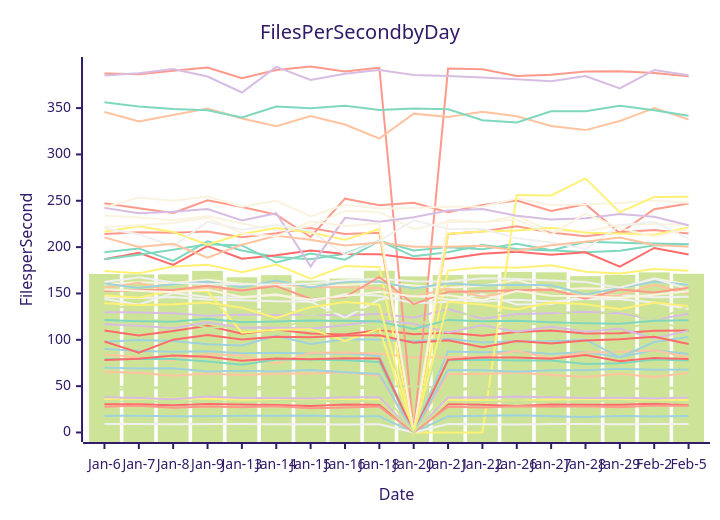
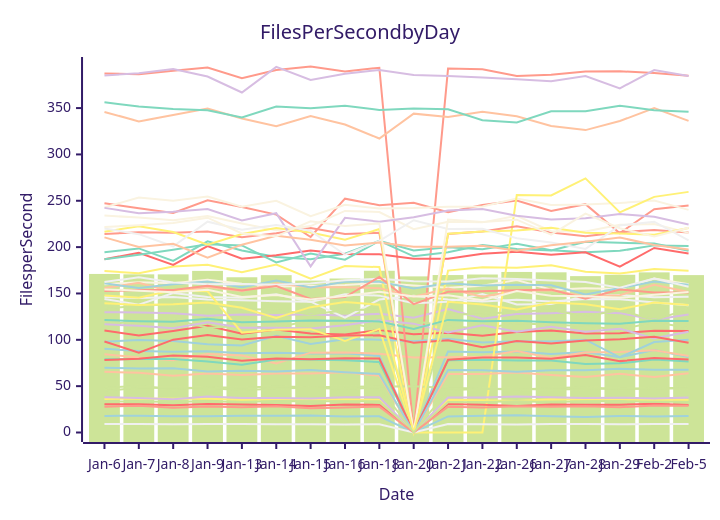
One commit to streetsidesoftware/cspell changed the diagram in perf-report.md. Above: the diagram before and after it, drawn with Mermaid (forest theme). The commit also changed other lines of this file and 1 other file, not shown here.

````diff
--- a/perf-report.md
+++ b/perf-report.md
@@ -10,57 +10,57 @@
 ```mermaid
 xychart-beta
     title Files Per Second by Day
     y-axis Files per Second
     x-axis Date [Jan-6, Jan-7, Jan-8, Jan-9, Jan-13, Jan-14, Jan-15, Jan-16, Jan-18, Jan-20, Jan-21, Jan-22, Jan-26, Jan-27, Jan-28, Jan-29, Feb-2, Feb-5]
-    bar [171.06, 170.63, 170.60, 174.36, 167.48, 169.75, 163.88, 166.13, 174.50, 168.43, 169.86, 170.44, 173.21, 172.82, 168.69, 170.17, 172.76, 171.27]
-    line [110.16, 104.65, 109.58, 115.11, 106.48, 111.07, 106.70, 105.83, 110.59, 105.90, 107.50, 104.30, 108.52, 110.13, 106.78, 107.20, 109.65, 110.17]
-    line [90.27, 87.90, 87.06, 87.60, 85.54, 86.15, 85.12, 85.43, 82.51, 0.00, 87.43, 86.48, 87.49, 84.71, 86.94, 81.29, 88.85, 84.61]
-    line [129.63, 129.57, 128.75, 125.98, 127.26, 126.67, 127.57, 126.01, 128.09, 123.93, 133.11, 122.76, 127.88, 128.69, 130.23, 128.77, 121.54, 128.22]
-    line [146.19, 145.02, 146.18, 143.49, 142.76, 141.64, 141.15, 123.99, 143.49, 147.59, 143.59, 141.42, 143.21, 141.20, 143.98, 143.78, 140.14, 133.30]
-    line [84.54, 80.98, 78.06, 84.72, 83.13, 74.36, 86.16, 86.38, 84.98, 80.87, 81.08, 81.74, 87.91, 80.34, 86.50, 86.84, 88.66, 81.17]
-    line [194.45, 198.60, 185.12, 206.27, 196.30, 189.40, 186.97, 192.92, 206.92, 196.43, 199.84, 197.78, 203.69, 196.52, 194.52, 195.98, 201.87, 202.96]
-    line [387.31, 386.47, 390.16, 393.74, 382.18, 391.17, 394.86, 389.55, 393.53, 0.00, 392.61, 391.87, 384.72, 385.87, 389.43, 389.76, 387.86, 384.25]
-    line [160.02, 162.06, 161.10, 164.91, 160.36, 157.59, 157.97, 159.04, 161.40, 158.69, 156.26, 158.43, 164.60, 154.09, 155.59, 154.71, 166.16, 159.37]
-    line [174.22, 171.75, 179.11, 181.04, 172.87, 181.24, 165.83, 179.67, 178.49, 0.00, 174.64, 178.29, 177.69, 180.46, 173.36, 171.47, 176.27, 174.50]
-    line [116.53, 120.08, 121.77, 112.94, 114.87, 112.73, 121.37, 119.21, 111.41, 120.28, 114.69, 112.28, 117.78, 116.14, 114.78, 110.96, 118.96, 112.31]
-    line [186.85, 193.93, 180.85, 201.04, 187.54, 191.28, 196.46, 192.64, 192.25, 187.45, 187.38, 192.87, 195.04, 191.69, 194.48, 178.97, 199.11, 192.10]
-    line [97.96, 99.84, 98.62, 95.10, 93.83, 104.36, 95.41, 100.49, 100.17, 98.43, 101.26, 97.05, 98.45, 98.30, 100.11, 81.16, 97.62, 102.99]
-    line [116.74, 115.06, 112.51, 118.83, 112.95, 112.89, 112.17, 115.75, 121.13, 117.45, 107.89, 115.63, 108.80, 113.98, 108.63, 112.03, 101.57, 109.92]
-    line [144.14, 137.83, 150.50, 146.15, 145.30, 149.05, 140.78, 149.26, 147.65, 139.36, 140.95, 149.41, 138.21, 138.55, 146.90, 148.25, 146.04, 146.36]
-    line [155.94, 161.49, 151.30, 157.09, 152.68, 160.69, 156.79, 156.81, 155.73, 146.52, 155.23, 146.60, 152.95, 153.44, 146.68, 148.04, 159.34, 149.65]
-    line [186.99, 191.85, 197.16, 203.10, 201.84, 183.49, 193.18, 186.41, 206.76, 190.09, 194.48, 202.39, 197.93, 196.32, 205.82, 204.70, 203.85, 203.07]
-    line [247.35, 241.85, 236.85, 250.47, 243.18, 235.07, 210.91, 252.26, 245.25, 247.79, 237.71, 245.48, 250.24, 239.03, 246.34, 215.04, 240.95, 247.09]
-    line [242.84, 253.62, 250.11, 254.55, 243.64, 250.04, 233.42, 245.62, 241.64, 242.10, 243.52, 243.78, 252.46, 245.33, 245.88, 247.56, 250.17, 247.96]
-    line [147.86, 145.38, 153.63, 152.37, 107.78, 110.93, 111.50, 98.69, 111.74, 0.00, 0.00, 0.00, 256.11, 255.68, 274.20, 237.51, 254.20, 254.31]
-    line [48.16, 50.54, 46.59, 48.81, 48.15, 49.96, 48.86, 49.35, 49.61, 49.98, 48.14, 47.57, 46.02, 47.96, 48.80, 46.78, 47.79, 48.99]
-    line [98.16, 86.10, 100.14, 105.08, 100.22, 103.42, 102.77, 104.55, 104.84, 96.90, 99.42, 91.88, 98.65, 96.11, 99.25, 100.66, 103.18, 95.54]
-    line [160.97, 155.89, 159.83, 162.81, 156.59, 163.92, 156.50, 162.70, 162.52, 155.39, 161.05, 158.62, 159.47, 158.84, 149.03, 155.81, 162.82, 159.32]
-    line [385.25, 387.67, 392.05, 384.01, 366.78, 394.48, 380.24, 387.08, 391.19, 385.76, 384.74, 382.99, 381.11, 378.87, 384.64, 371.32, 391.09, 385.34]
-    line [162.35, 167.49, 161.75, 159.91, 160.33, 159.51, 160.62, 164.27, 165.83, 163.17, 162.82, 166.39, 165.48, 164.06, 162.34, 156.27, 166.07, 154.81]
-    line [345.83, 335.66, 342.43, 349.42, 338.80, 330.51, 341.37, 332.29, 317.17, 344.00, 340.27, 346.07, 341.26, 330.59, 326.24, 336.05, 350.02, 337.72]
-    line [356.35, 351.62, 349.11, 347.65, 339.94, 351.75, 349.84, 352.46, 347.95, 349.61, 348.67, 336.98, 334.45, 346.57, 346.60, 352.58, 347.78, 341.67]
-    line [152.61, 153.69, 153.81, 158.28, 153.24, 158.05, 143.97, 146.11, 167.84, 138.47, 151.83, 152.31, 153.48, 154.19, 144.39, 154.19, 151.10, 156.05]
-    line [154.41, 153.05, 151.33, 153.98, 146.13, 148.32, 143.55, 147.19, 151.83, 146.83, 148.17, 142.81, 152.72, 147.54, 147.09, 145.41, 148.70, 152.47]
-    line [36.07, 36.65, 36.34, 36.49, 35.46, 35.24, 35.59, 35.58, 35.07, 0.00, 35.24, 34.68, 33.94, 35.92, 35.70, 34.97, 35.24, 35.04]
-    line [133.47, 136.71, 138.45, 138.88, 133.26, 132.31, 127.23, 131.76, 132.93, 0.00, 127.27, 127.81, 130.32, 132.03, 125.54, 132.09, 121.09, 136.00]
-    line [30.58, 30.44, 29.43, 30.82, 30.13, 29.74, 28.69, 30.19, 29.74, 0.00, 30.87, 30.00, 28.70, 30.12, 29.90, 29.99, 31.08, 29.53]
-    line [17.89, 18.19, 17.48, 17.44, 18.04, 18.04, 18.22, 17.23, 17.55, 0.00, 17.39, 18.17, 18.55, 17.57, 16.82, 17.76, 17.39, 17.93]
-    line [38.02, 37.20, 35.97, 38.77, 37.19, 37.15, 36.65, 38.13, 37.95, 0.00, 37.76, 37.89, 38.81, 37.93, 37.35, 37.58, 36.65, 37.76]
-    line [9.12, 9.14, 8.90, 9.21, 9.09, 8.82, 8.93, 8.76, 8.99, 0.00, 9.21, 8.99, 8.69, 9.06, 9.17, 8.90, 9.14, 9.09]
-    line [65.47, 64.47, 61.13, 63.67, 62.15, 63.63, 63.52, 64.93, 61.26, 0.00, 63.19, 63.24, 64.72, 62.00, 60.00, 63.28, 59.94, 64.32]
-    line [79.03, 79.23, 79.24, 76.50, 72.97, 78.65, 78.72, 77.98, 76.03, 0.00, 77.82, 78.41, 77.74, 77.78, 73.82, 74.60, 78.73, 77.73]
-    line [214.16, 216.11, 215.58, 216.92, 210.61, 215.07, 220.69, 214.26, 215.48, 0.00, 214.23, 216.83, 222.41, 215.81, 211.64, 216.10, 218.52, 214.58]
-    line [234.01, 231.87, 229.00, 233.60, 225.53, 218.14, 222.73, 239.07, 237.86, 219.38, 227.33, 226.70, 233.87, 217.12, 216.93, 224.01, 224.86, 223.95]
-    line [216.47, 222.63, 216.37, 202.60, 214.18, 220.74, 215.80, 207.87, 219.52, 0.00, 214.36, 216.75, 217.84, 220.87, 215.44, 214.77, 213.40, 221.12]
-    line [33.41, 33.47, 33.19, 33.82, 33.01, 34.00, 33.70, 33.67, 33.62, 0.00, 32.53, 32.97, 33.70, 32.82, 33.62, 33.93, 33.23, 32.88]
-    line [78.20, 79.53, 83.01, 81.62, 77.54, 79.76, 78.94, 80.05, 79.79, 0.00, 78.41, 81.03, 80.80, 79.69, 83.58, 77.01, 80.34, 79.30]
-    line [69.77, 69.09, 69.36, 65.84, 66.66, 65.78, 67.40, 65.04, 63.23, 0.00, 67.48, 67.27, 65.41, 67.07, 67.22, 68.71, 67.83, 67.84]
-    line [242.35, 236.52, 238.12, 241.19, 228.64, 236.61, 179.24, 231.58, 227.41, 232.25, 239.53, 241.09, 233.83, 229.73, 231.27, 235.75, 232.76, 223.69]
-    line [220.18, 213.99, 200.90, 227.46, 218.81, 223.94, 217.59, 191.78, 206.70, 229.01, 219.68, 219.77, 209.49, 204.94, 198.04, 223.32, 227.45, 209.12]
-    line [210.48, 200.08, 203.53, 188.73, 202.65, 212.27, 207.96, 201.68, 204.97, 200.41, 200.50, 201.35, 196.11, 202.03, 205.84, 210.33, 202.30, 200.30]
-    line [121.36, 120.04, 119.36, 122.67, 118.82, 119.70, 120.72, 120.60, 119.83, 111.61, 121.49, 119.94, 120.57, 119.01, 117.99, 117.30, 120.43, 121.21]
-    line [27.76, 28.93, 26.82, 27.98, 27.25, 28.25, 26.29, 26.94, 27.92, 0.00, 27.74, 27.10, 28.41, 27.77, 28.43, 27.26, 29.20, 28.87]
-    line [221.68, 223.62, 226.04, 231.74, 214.77, 211.68, 227.93, 222.84, 225.57, 0.00, 229.76, 226.99, 229.64, 213.50, 236.23, 220.41, 211.45, 219.29]
-    line [139.31, 137.59, 138.48, 140.31, 134.58, 123.64, 135.23, 140.79, 137.86, 0.00, 141.02, 138.02, 132.73, 140.24, 138.48, 133.03, 140.20, 136.34]
-    line [44.97, 48.20, 48.28, 47.88, 45.48, 47.52, 48.15, 46.82, 48.44, 0.00, 45.59, 47.24, 46.87, 46.43, 46.80, 47.45, 47.29, 47.60]
+    bar [171.06, 170.63, 170.60, 174.36, 167.48, 169.75, 163.88, 166.13, 174.50, 168.43, 169.86, 170.44, 173.21, 172.82, 168.69, 170.17, 172.76, 169.80]
+    line [110.16, 104.65, 109.58, 115.11, 106.48, 111.07, 106.70, 105.83, 110.59, 105.90, 107.50, 104.30, 108.52, 110.13, 106.78, 107.20, 109.65, 109.56]
+    line [90.27, 87.90, 87.06, 87.60, 85.54, 86.15, 85.12, 85.43, 82.51, 0.00, 87.43, 86.48, 87.49, 84.71, 86.94, 81.29, 88.85, 81.35]
+    line [129.63, 129.57, 128.75, 125.98, 127.26, 126.67, 127.57, 126.01, 128.09, 123.93, 133.11, 122.76, 127.88, 128.69, 130.23, 128.77, 121.54, 127.42]
+    line [146.19, 145.02, 146.18, 143.49, 142.76, 141.64, 141.15, 123.99, 143.49, 147.59, 143.59, 141.42, 143.21, 141.20, 143.98, 143.78, 140.14, 137.22]
+    line [84.54, 80.98, 78.06, 84.72, 83.13, 74.36, 86.16, 86.38, 84.98, 80.87, 81.08, 81.74, 87.91, 80.34, 86.50, 86.84, 88.66, 82.64]
+    line [194.45, 198.60, 185.12, 206.27, 196.30, 189.40, 186.97, 192.92, 206.92, 196.43, 199.84, 197.78, 203.69, 196.52, 194.52, 195.98, 201.87, 201.23]
+    line [387.31, 386.47, 390.16, 393.74, 382.18, 391.17, 394.86, 389.55, 393.53, 0.00, 392.61, 391.87, 384.72, 385.87, 389.43, 389.76, 387.86, 384.77]
+    line [160.02, 162.06, 161.10, 164.91, 160.36, 157.59, 157.97, 159.04, 161.40, 158.69, 156.26, 158.43, 164.60, 154.09, 155.59, 154.71, 166.16, 159.96]
+    line [174.22, 171.75, 179.11, 181.04, 172.87, 181.24, 165.83, 179.67, 178.49, 0.00, 174.64, 178.29, 177.69, 180.46, 173.36, 171.47, 176.27, 174.53]
+    line [116.53, 120.08, 121.77, 112.94, 114.87, 112.73, 121.37, 119.21, 111.41, 120.28, 114.69, 112.28, 117.78, 116.14, 114.78, 110.96, 118.96, 113.04]
+    line [186.85, 193.93, 180.85, 201.04, 187.54, 191.28, 196.46, 192.64, 192.25, 187.45, 187.38, 192.87, 195.04, 191.69, 194.48, 178.97, 199.11, 193.12]
+    line [97.96, 99.84, 98.62, 95.10, 93.83, 104.36, 95.41, 100.49, 100.17, 98.43, 101.26, 97.05, 98.45, 98.30, 100.11, 81.16, 97.62, 100.13]
+    line [116.74, 115.06, 112.51, 118.83, 112.95, 112.89, 112.17, 115.75, 121.13, 117.45, 107.89, 115.63, 108.80, 113.98, 108.63, 112.03, 101.57, 108.61]
+    line [144.14, 137.83, 150.50, 146.15, 145.30, 149.05, 140.78, 149.26, 147.65, 139.36, 140.95, 149.41, 138.21, 138.55, 146.90, 148.25, 146.04, 146.56]
+    line [155.94, 161.49, 151.30, 157.09, 152.68, 160.69, 156.79, 156.81, 155.73, 146.52, 155.23, 146.60, 152.95, 153.44, 146.68, 148.04, 159.34, 151.53]
+    line [186.99, 191.85, 197.16, 203.10, 201.84, 183.49, 193.18, 186.41, 206.76, 190.09, 194.48, 202.39, 197.93, 196.32, 205.82, 204.70, 203.85, 196.06]
+    line [247.35, 241.85, 236.85, 250.47, 243.18, 235.07, 210.91, 252.26, 245.25, 247.79, 237.71, 245.48, 250.24, 239.03, 246.34, 215.04, 240.95, 245.00]
+    line [242.84, 253.62, 250.11, 254.55, 243.64, 250.04, 233.42, 245.62, 241.64, 242.10, 243.52, 243.78, 252.46, 245.33, 245.88, 247.56, 250.17, 240.19]
+    line [147.86, 145.38, 153.63, 152.37, 107.78, 110.93, 111.50, 98.69, 111.74, 0.00, 0.00, 0.00, 256.11, 255.68, 274.20, 237.51, 254.20, 259.60]
+    line [48.16, 50.54, 46.59, 48.81, 48.15, 49.96, 48.86, 49.35, 49.61, 49.98, 48.14, 47.57, 46.02, 47.96, 48.80, 46.78, 47.79, 48.34]
+    line [98.16, 86.10, 100.14, 105.08, 100.22, 103.42, 102.77, 104.55, 104.84, 96.90, 99.42, 91.88, 98.65, 96.11, 99.25, 100.66, 103.18, 96.91]
+    line [160.97, 155.89, 159.83, 162.81, 156.59, 163.92, 156.50, 162.70, 162.52, 155.39, 161.05, 158.62, 159.47, 158.84, 149.03, 155.81, 162.82, 159.31]
+    line [385.25, 387.67, 392.05, 384.01, 366.78, 394.48, 380.24, 387.08, 391.19, 385.76, 384.74, 382.99, 381.11, 378.87, 384.64, 371.32, 391.09, 384.57]
+    line [162.35, 167.49, 161.75, 159.91, 160.33, 159.51, 160.62, 164.27, 165.83, 163.17, 162.82, 166.39, 165.48, 164.06, 162.34, 156.27, 166.07, 157.17]
+    line [345.83, 335.66, 342.43, 349.42, 338.80, 330.51, 341.37, 332.29, 317.17, 344.00, 340.27, 346.07, 341.26, 330.59, 326.24, 336.05, 350.02, 336.22]
+    line [356.35, 351.62, 349.11, 347.65, 339.94, 351.75, 349.84, 352.46, 347.95, 349.61, 348.67, 336.98, 334.45, 346.57, 346.60, 352.58, 347.78, 345.95]
+    line [152.61, 153.69, 153.81, 158.28, 153.24, 158.05, 143.97, 146.11, 167.84, 138.47, 151.83, 152.31, 153.48, 154.19, 144.39, 154.19, 151.10, 151.09]
+    line [154.41, 153.05, 151.33, 153.98, 146.13, 148.32, 143.55, 147.19, 151.83, 146.83, 148.17, 142.81, 152.72, 147.54, 147.09, 145.41, 148.70, 151.70]
+    line [36.07, 36.65, 36.34, 36.49, 35.46, 35.24, 35.59, 35.58, 35.07, 0.00, 35.24, 34.68, 33.94, 35.92, 35.70, 34.97, 35.24, 35.14]
+    line [133.47, 136.71, 138.45, 138.88, 133.26, 132.31, 127.23, 131.76, 132.93, 0.00, 127.27, 127.81, 130.32, 132.03, 125.54, 132.09, 121.09, 133.41]
+    line [30.58, 30.44, 29.43, 30.82, 30.13, 29.74, 28.69, 30.19, 29.74, 0.00, 30.87, 30.00, 28.70, 30.12, 29.90, 29.99, 31.08, 29.79]
+    line [17.89, 18.19, 17.48, 17.44, 18.04, 18.04, 18.22, 17.23, 17.55, 0.00, 17.39, 18.17, 18.55, 17.57, 16.82, 17.76, 17.39, 17.91]
+    line [38.02, 37.20, 35.97, 38.77, 37.19, 37.15, 36.65, 38.13, 37.95, 0.00, 37.76, 37.89, 38.81, 37.93, 37.35, 37.58, 36.65, 37.75]
+    line [9.12, 9.14, 8.90, 9.21, 9.09, 8.82, 8.93, 8.76, 8.99, 0.00, 9.21, 8.99, 8.69, 9.06, 9.17, 8.90, 9.14, 9.12]
+    line [65.47, 64.47, 61.13, 63.67, 62.15, 63.63, 63.52, 64.93, 61.26, 0.00, 63.19, 63.24, 64.72, 62.00, 60.00, 63.28, 59.94, 63.91]
+    line [79.03, 79.23, 79.24, 76.50, 72.97, 78.65, 78.72, 77.98, 76.03, 0.00, 77.82, 78.41, 77.74, 77.78, 73.82, 74.60, 78.73, 76.65]
+    line [214.16, 216.11, 215.58, 216.92, 210.61, 215.07, 220.69, 214.26, 215.48, 0.00, 214.23, 216.83, 222.41, 215.81, 211.64, 216.10, 218.52, 215.75]
+    line [234.01, 231.87, 229.00, 233.60, 225.53, 218.14, 222.73, 239.07, 237.86, 219.38, 227.33, 226.70, 233.87, 217.12, 216.93, 224.01, 224.86, 215.34]
+    line [216.47, 222.63, 216.37, 202.60, 214.18, 220.74, 215.80, 207.87, 219.52, 0.00, 214.36, 216.75, 217.84, 220.87, 215.44, 214.77, 213.40, 220.65]
+    line [33.41, 33.47, 33.19, 33.82, 33.01, 34.00, 33.70, 33.67, 33.62, 0.00, 32.53, 32.97, 33.70, 32.82, 33.62, 33.93, 33.23, 33.13]
+    line [78.20, 79.53, 83.01, 81.62, 77.54, 79.76, 78.94, 80.05, 79.79, 0.00, 78.41, 81.03, 80.80, 79.69, 83.58, 77.01, 80.34, 78.83]
+    line [69.77, 69.09, 69.36, 65.84, 66.66, 65.78, 67.40, 65.04, 63.23, 0.00, 67.48, 67.27, 65.41, 67.07, 67.22, 68.71, 67.83, 67.80]
+    line [242.35, 236.52, 238.12, 241.19, 228.64, 236.61, 179.24, 231.58, 227.41, 232.25, 239.53, 241.09, 233.83, 229.73, 231.27, 235.75, 232.76, 224.47]
+    line [220.18, 213.99, 200.90, 227.46, 218.81, 223.94, 217.59, 191.78, 206.70, 229.01, 219.68, 219.77, 209.49, 204.94, 198.04, 223.32, 227.45, 207.28]
+    line [210.48, 200.08, 203.53, 188.73, 202.65, 212.27, 207.96, 201.68, 204.97, 200.41, 200.50, 201.35, 196.11, 202.03, 205.84, 210.33, 202.30, 197.54]
+    line [121.36, 120.04, 119.36, 122.67, 118.82, 119.70, 120.72, 120.60, 119.83, 111.61, 121.49, 119.94, 120.57, 119.01, 117.99, 117.30, 120.43, 120.29]
+    line [27.76, 28.93, 26.82, 27.98, 27.25, 28.25, 26.29, 26.94, 27.92, 0.00, 27.74, 27.10, 28.41, 27.77, 28.43, 27.26, 29.20, 28.86]
+    line [221.68, 223.62, 226.04, 231.74, 214.77, 211.68, 227.93, 222.84, 225.57, 0.00, 229.76, 226.99, 229.64, 213.50, 236.23, 220.41, 211.45, 220.92]
+    line [139.31, 137.59, 138.48, 140.31, 134.58, 123.64, 135.23, 140.79, 137.86, 0.00, 141.02, 138.02, 132.73, 140.24, 138.48, 133.03, 140.20, 137.56]
+    line [44.97, 48.20, 48.28, 47.88, 45.48, 47.52, 48.15, 46.82, 48.44, 0.00, 45.59, 47.24, 46.87, 46.43, 46.80, 47.45, 47.29, 47.86]
 ```
````
